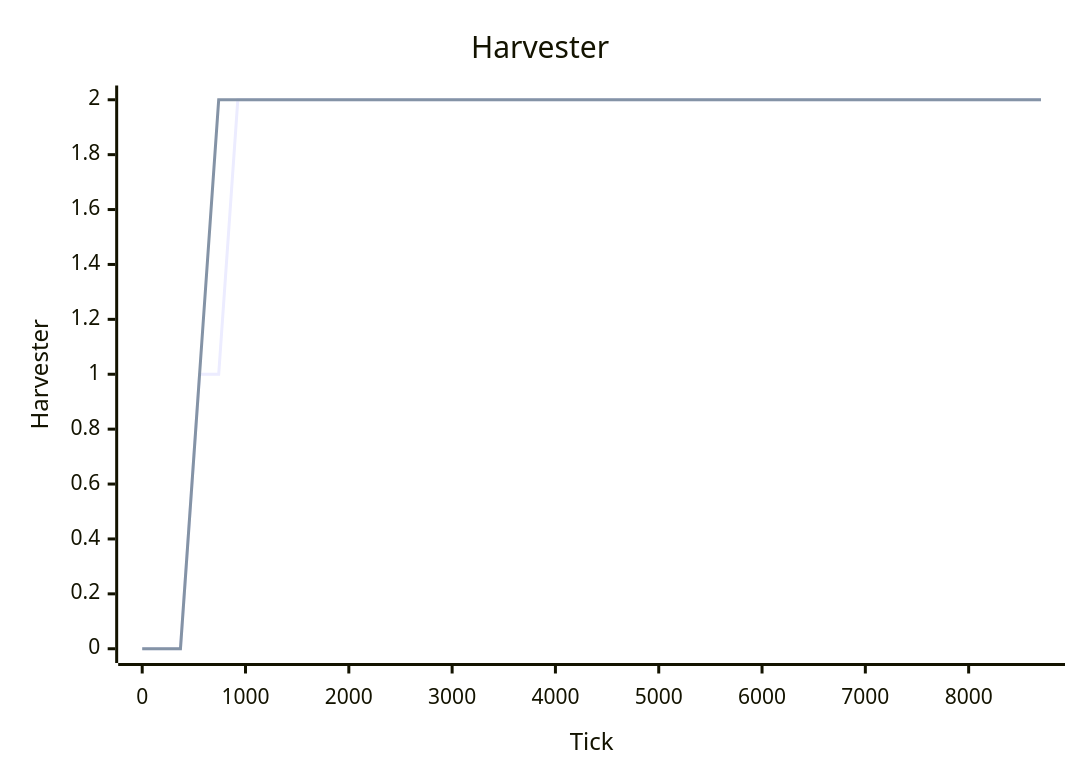
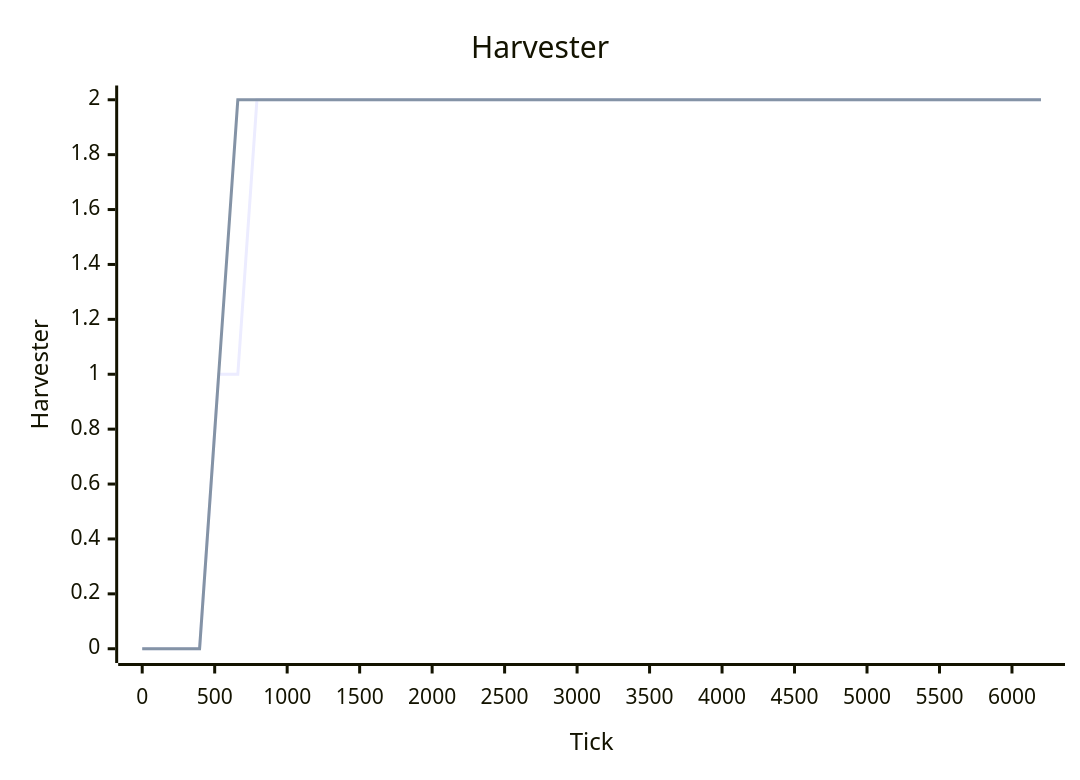
The fourth of 4 diagrams in tools/Nova.AiLab/reports/latest.md (arn-c0de/Project_Nova), drawn with Mermaid before and after one commit. The commit also changed other lines of this file and 134 other files, not shown here.

````diff
--- a/tools/Nova.AiLab/reports/latest.md
+++ b/tools/Nova.AiLab/reports/latest.md
@@ -82,8 +82,8 @@
 ```mermaid
 xychart-beta
     title "Harvester"
-    x-axis "Tick" 0 --> 8700
+    x-axis "Tick" 0 --> 6200
     y-axis "Harvester" 0 --> 2
-    line [0, 0, 0, 1, 1, 2, 2, 2, 2, 2, 2, 2, 2, 2, 2, 2, 2, 2, 2, 2, 2, 2, 2, 2, 2, 2, 2, 2, 2, 2, 2, 2, 2, 2, 2, 2, 2, 2, 2, 2, 2, 2, 2, 2, 2, 2, 2, 2]
-    line [0, 0, 0, 1, 2, 2, 2, 2, 2, 2, 2, 2, 2, 2, 2, 2, 2, 2, 2, 2, 2, 2, 2, 2, 2, 2, 2, 2, 2, 2, 2, 2, 2, 2, 2, 2, 2, 2, 2, 2, 2, 2, 2, 2, 2, 2, 2, 2]
+    line [0, 0, 0, 0, 1, 1, 2, 2, 2, 2, 2, 2, 2, 2, 2, 2, 2, 2, 2, 2, 2, 2, 2, 2, 2, 2, 2, 2, 2, 2, 2, 2, 2, 2, 2, 2, 2, 2, 2, 2, 2, 2, 2, 2, 2, 2, 2, 2]
+    line [0, 0, 0, 0, 1, 2, 2, 2, 2, 2, 2, 2, 2, 2, 2, 2, 2, 2, 2, 2, 2, 2, 2, 2, 2, 2, 2, 2, 2, 2, 2, 2, 2, 2, 2, 2, 2, 2, 2, 2, 2, 2, 2, 2, 2, 2, 2, 2]
 ```
````
